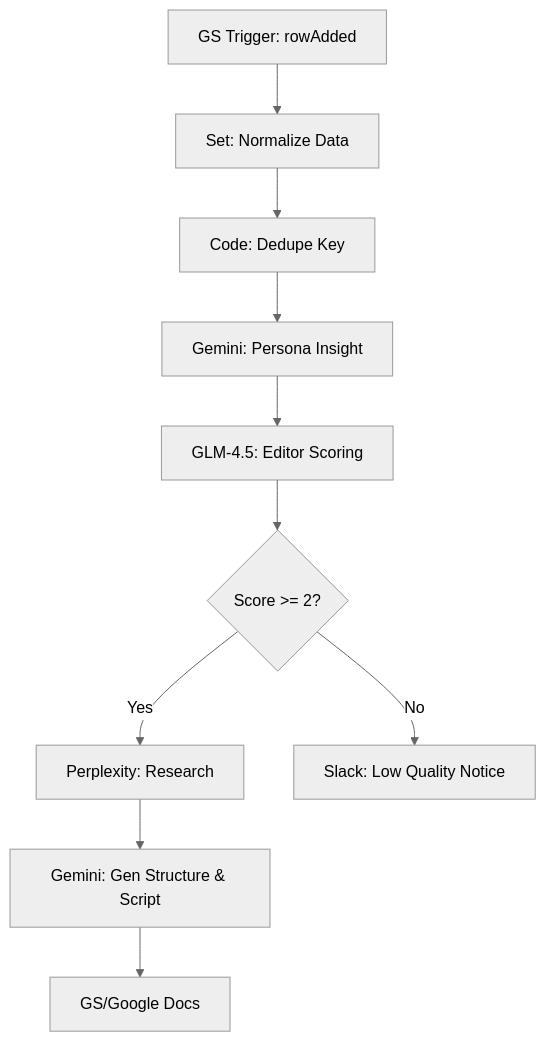
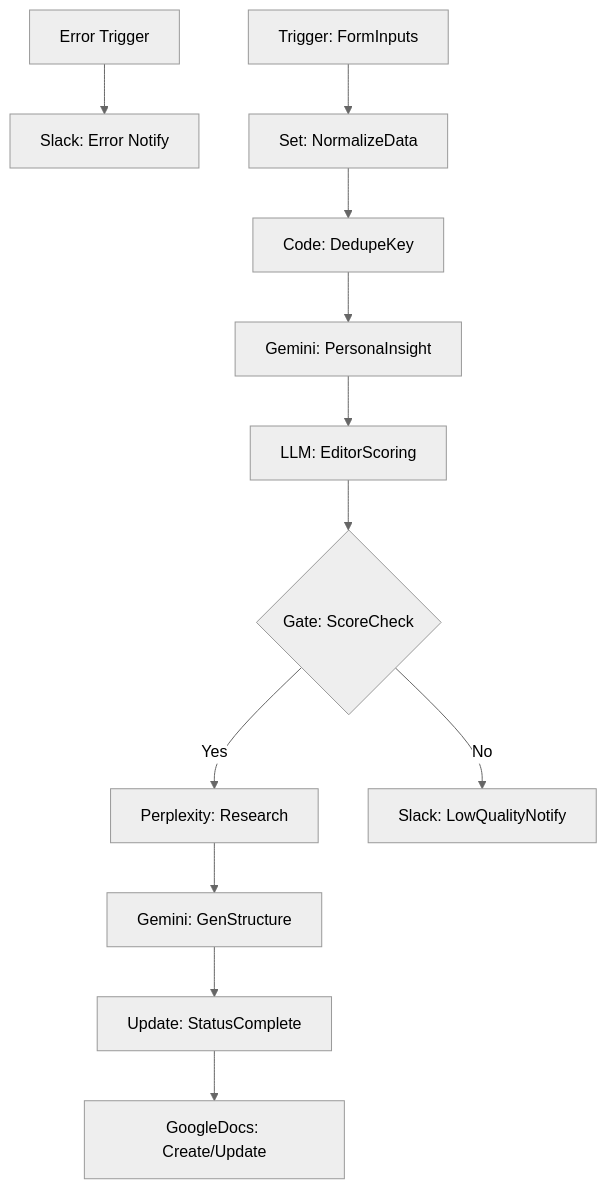
Before and after one commit to takumiwork-n8n/n8n-workflows: the diagram in Practice/insta-input-collector/README.md, drawn with Mermaid (neutral theme). The commit also changed other lines of this file and 1 other file, not shown here.

Commit message:
feat: Implement Phase 1 improvements (Node renaming & Global Error Handling) for InstaInput_Collector

````diff
--- a/Practice/insta-input-collector/README.md
+++ b/Practice/insta-input-collector/README.md
@@ -14,20 +18,24 @@
 ```mermaid
 graph TD
+    %% Global Error Handling
+    Error[Error Trigger] --> SlackErr[Slack: Error Notify]
+
     %% Input Stage
-    Trigger[GS Trigger: rowAdded] --> Normalize[Set: Normalize Data]
-    Normalize --> Dedupe[Code: Dedupe Key]
+    Trigger[Trigger: FormInputs] --> Normalize[Set: NormalizeData]
+    Normalize --> Dedupe[Code: DedupeKey]
     
     %% Analysis Stage
-    Dedupe --> Persona[Gemini: Persona Insight]
-    Persona --> Scoring[GLM-4.5: Editor Scoring]
+    Dedupe --> Persona[Gemini: PersonaInsight]
+    Persona --> Scoring[LLM: EditorScoring]
     
     %% Routing
-    Scoring --> Judging{Score >= 2?}
+    Scoring --> Judging{Gate: ScoreCheck}
     
     %% Action
     Judging -- Yes --> Research[Perplexity: Research]
-    Research --> Output[Gemini: Gen Structure & Script]
-    Output --> Save[GS/Google Docs]
+    Research --> Output[Gemini: GenStructure]
+    Output --> Save[Update: StatusComplete]
+    Save --> GoogleDocs[GoogleDocs: Create/Update]
     
-    Judging -- No --> Notice[Slack: Low Quality Notice]
+    Judging -- No --> Notice[Slack: LowQualityNotify]
 ```
````
